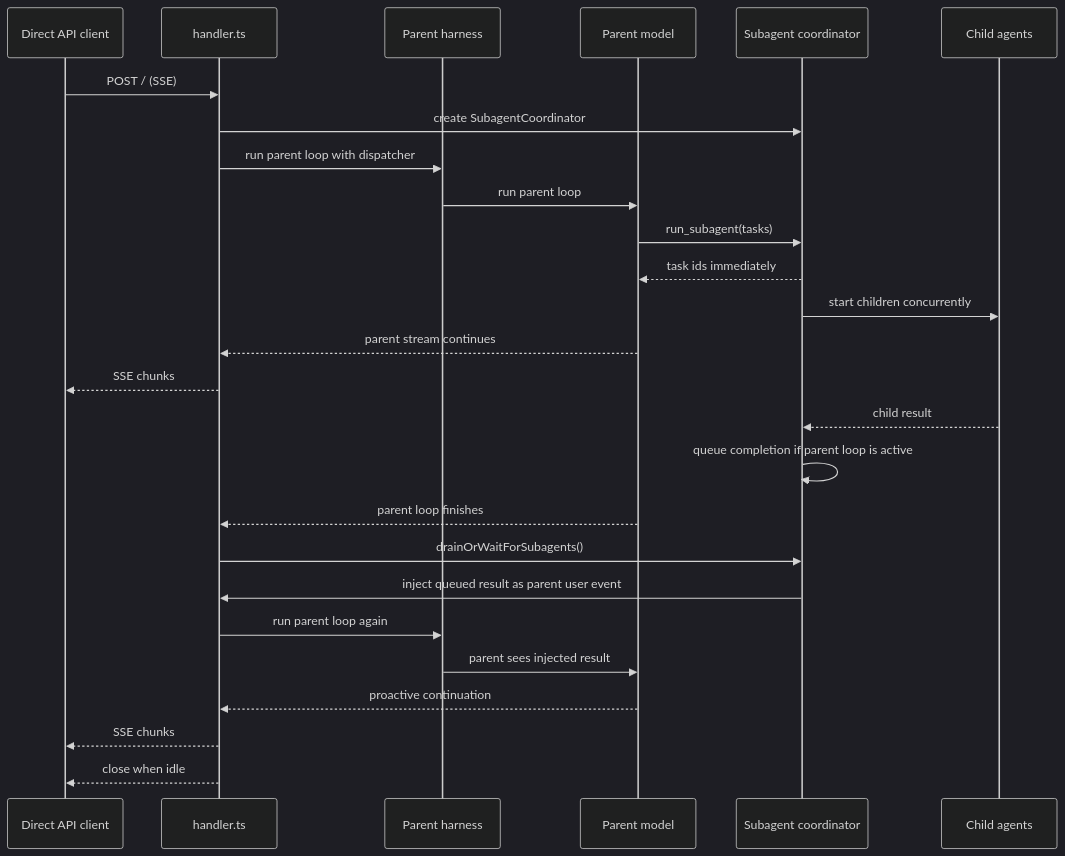
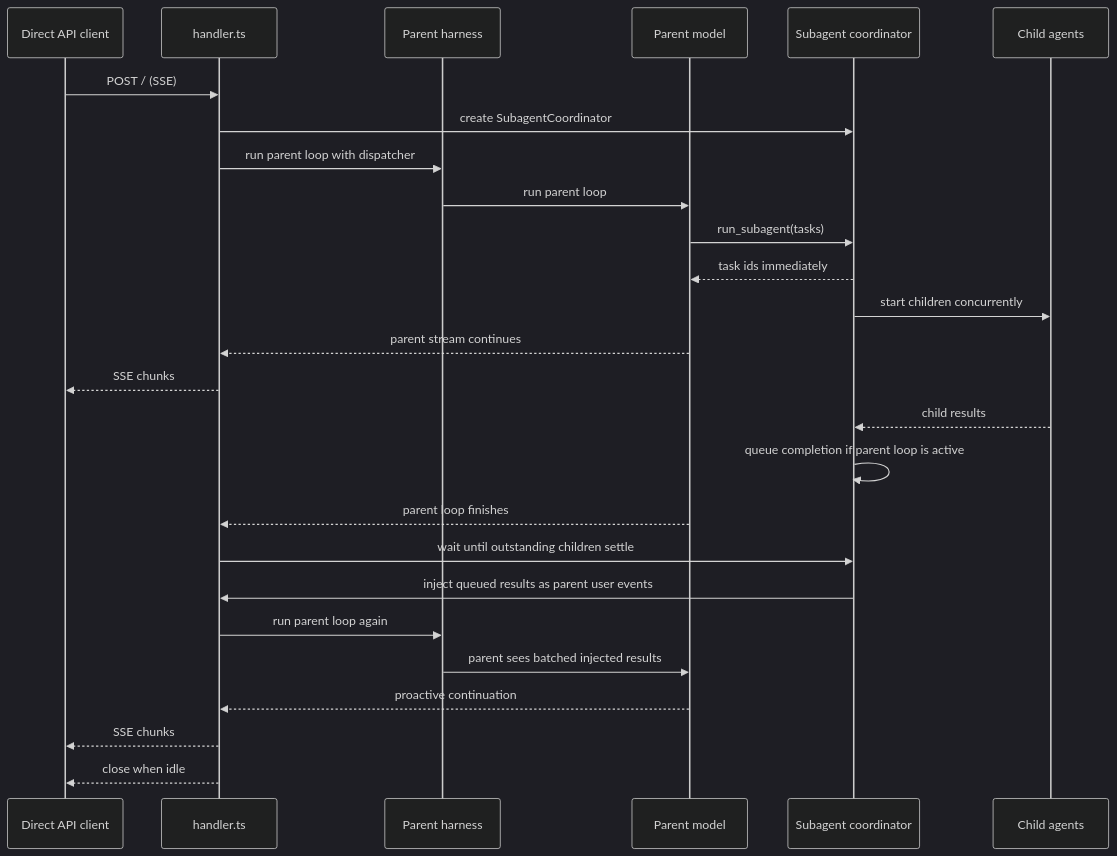
The second of 2 diagrams in docs/sub-agents.md (beeblastco/filthy-panty), drawn with Mermaid (dark theme) before and after one commit. The commit also changed other lines of this file and 4 other files, not shown here.

Commit message:
fix: change to batch deliver subagent results injected prompt back to parent

````diff
--- a/docs/sub-agents.md
+++ b/docs/sub-agents.md
@@ -75,29 +75,29 @@
 ```mermaid
 sequenceDiagram
   participant C as Direct API client
   participant H as handler.ts
   participant P as Parent harness
   participant M as Parent model
   participant S as Subagent coordinator
   participant A as Child agents
 
   C->>H: POST / (SSE)
   H->>S: create SubagentCoordinator
   H->>P: run parent loop with dispatcher
   P->>M: run parent loop
   M->>S: run_subagent(tasks)
   S-->>M: task ids immediately
   S->>A: start children concurrently
   M-->>H: parent stream continues
   H-->>C: SSE chunks
-  A-->>S: child result
+  A-->>S: child results
   S->>S: queue completion if parent loop is active
   M-->>H: parent loop finishes
-  H->>S: drainOrWaitForSubagents()
-  S->>H: inject queued result as parent user event
+  H->>S: wait until outstanding children settle
+  S->>H: inject queued results as parent user events
   H->>P: run parent loop again
-  P->>M: parent sees injected result
+  P->>M: parent sees batched injected results
   M-->>H: proactive continuation
   H-->>C: SSE chunks
   H-->>C: close when idle
 ```
````
